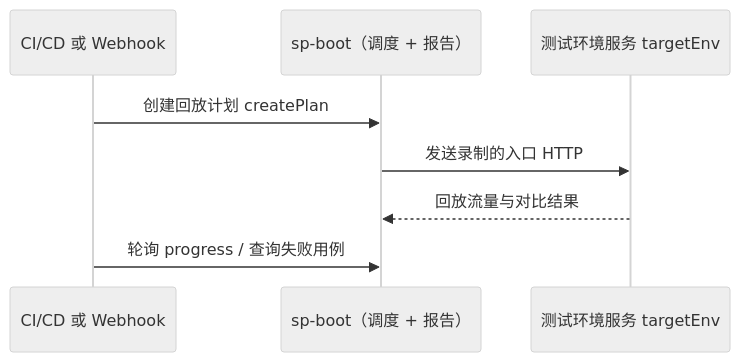
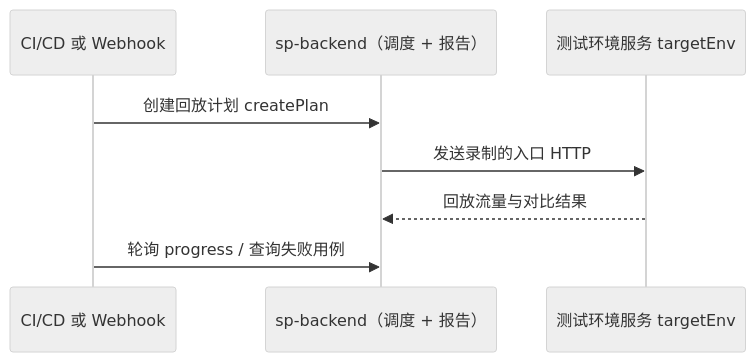
The diagram in zh/testing/webhook-and-ci.md (softprobe/document-website), drawn with Mermaid (neutral theme) before and after one commit. The commit also changed other lines of this file and 26 other files, not shown here.

````diff
--- a/zh/testing/webhook-and-ci.md
+++ b/zh/testing/webhook-and-ci.md
@@ -27,10 +27,10 @@
 ```mermaid
 sequenceDiagram
   participant CI as CI/CD 或 Webhook
-  participant API as sp-boot（调度 + 报告）
+  participant API as sp-backend（调度 + 报告）
   participant SUT as 测试环境服务 targetEnv
   CI->>API: 创建回放计划 createPlan
   API->>SUT: 发送录制的入口 HTTP
   SUT-->>API: 回放流量与对比结果
   CI->>API: 轮询 progress / 查询失败用例
 ```
````
